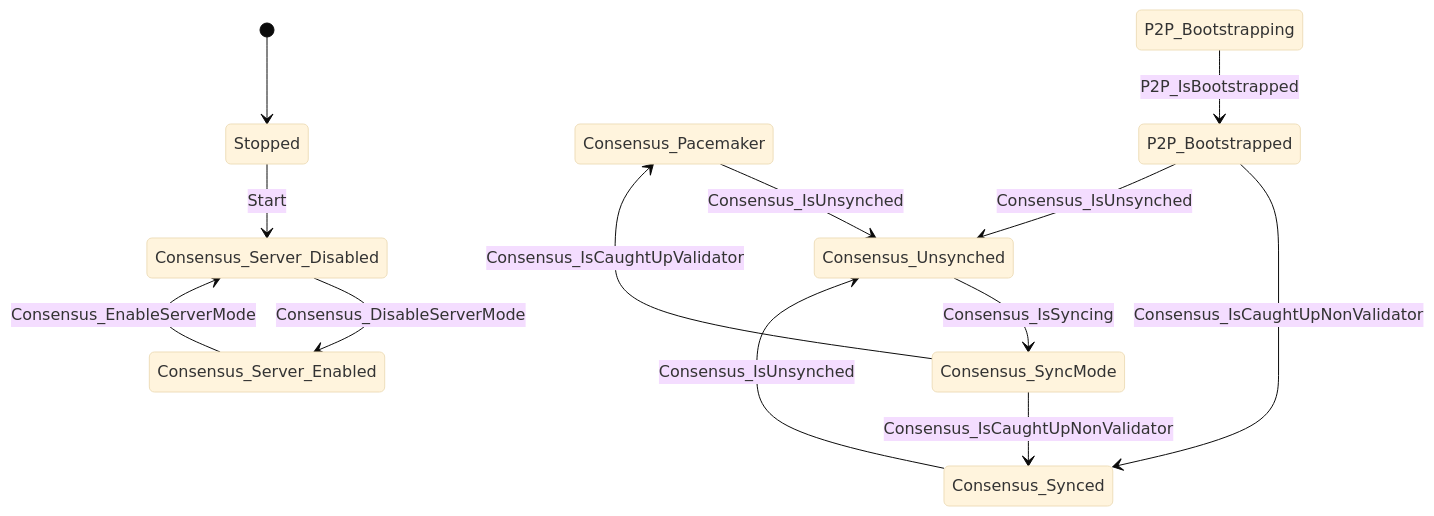
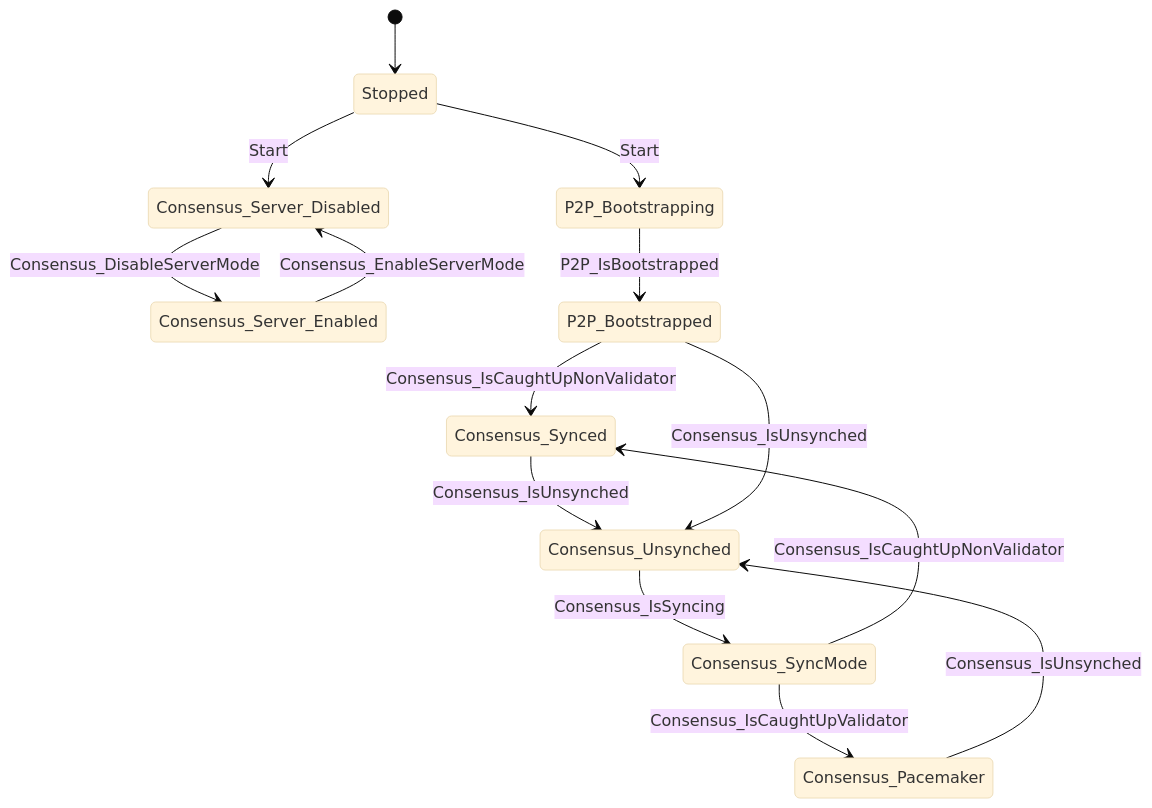
One commit to pokt-network/pocket changed the diagram in state_machine/docs/state-machine.diagram.md. Above: the diagram before and after it, drawn with Mermaid (base theme).

Commit message:
add missing connection

````diff
--- a/state_machine/docs/state-machine.diagram.md
+++ b/state_machine/docs/state-machine.diagram.md
@@ -5,15 +5,16 @@
 ```mermaid
 stateDiagram-v2
     [*] --> Stopped
     Consensus_Pacemaker --> Consensus_Unsynched: Consensus_IsUnsynched
     Consensus_Server_Disabled --> Consensus_Server_Enabled: Consensus_DisableServerMode
     Consensus_Server_Enabled --> Consensus_Server_Disabled: Consensus_EnableServerMode
     Consensus_SyncMode --> Consensus_Synced: Consensus_IsCaughtUpNonValidator
     Consensus_SyncMode --> Consensus_Pacemaker: Consensus_IsCaughtUpValidator
     Consensus_Synced --> Consensus_Unsynched: Consensus_IsUnsynched
     Consensus_Unsynched --> Consensus_SyncMode: Consensus_IsSyncing
     P2P_Bootstrapped --> Consensus_Synced: Consensus_IsCaughtUpNonValidator
     P2P_Bootstrapped --> Consensus_Unsynched: Consensus_IsUnsynched
     P2P_Bootstrapping --> P2P_Bootstrapped: P2P_IsBootstrapped
     Stopped --> Consensus_Server_Disabled: Start
+    Stopped --> P2P_Bootstrapping: Start
 ```
````
